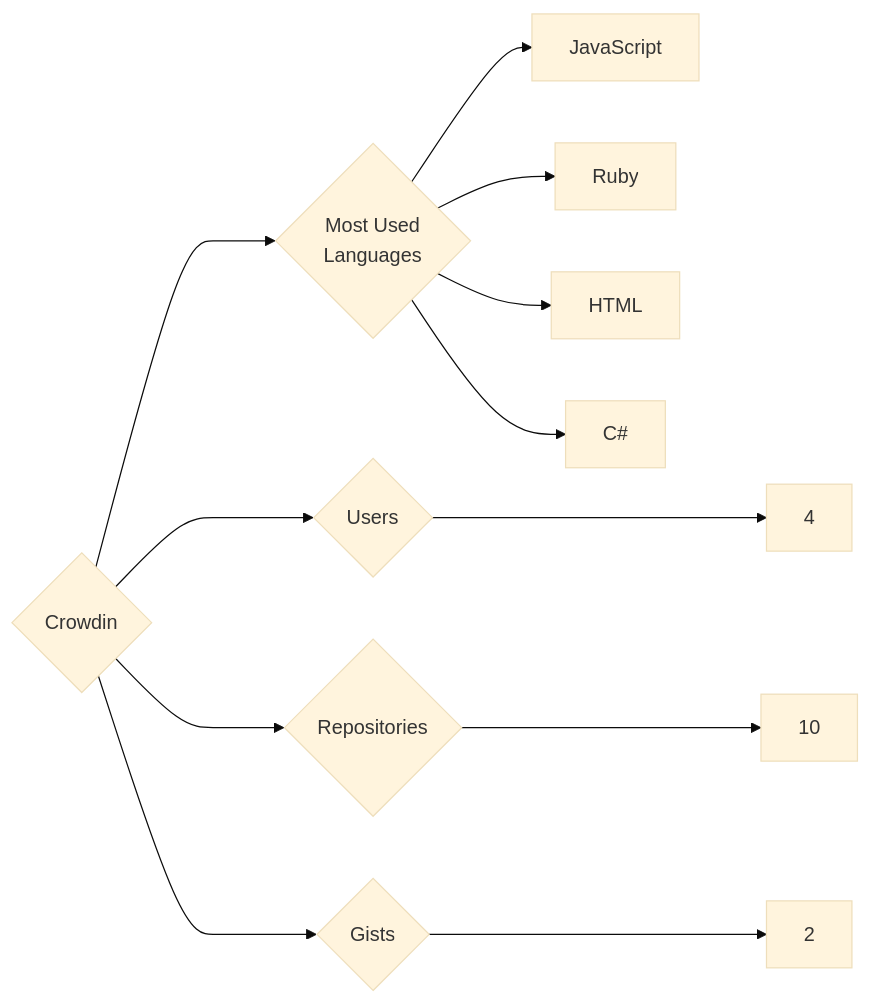
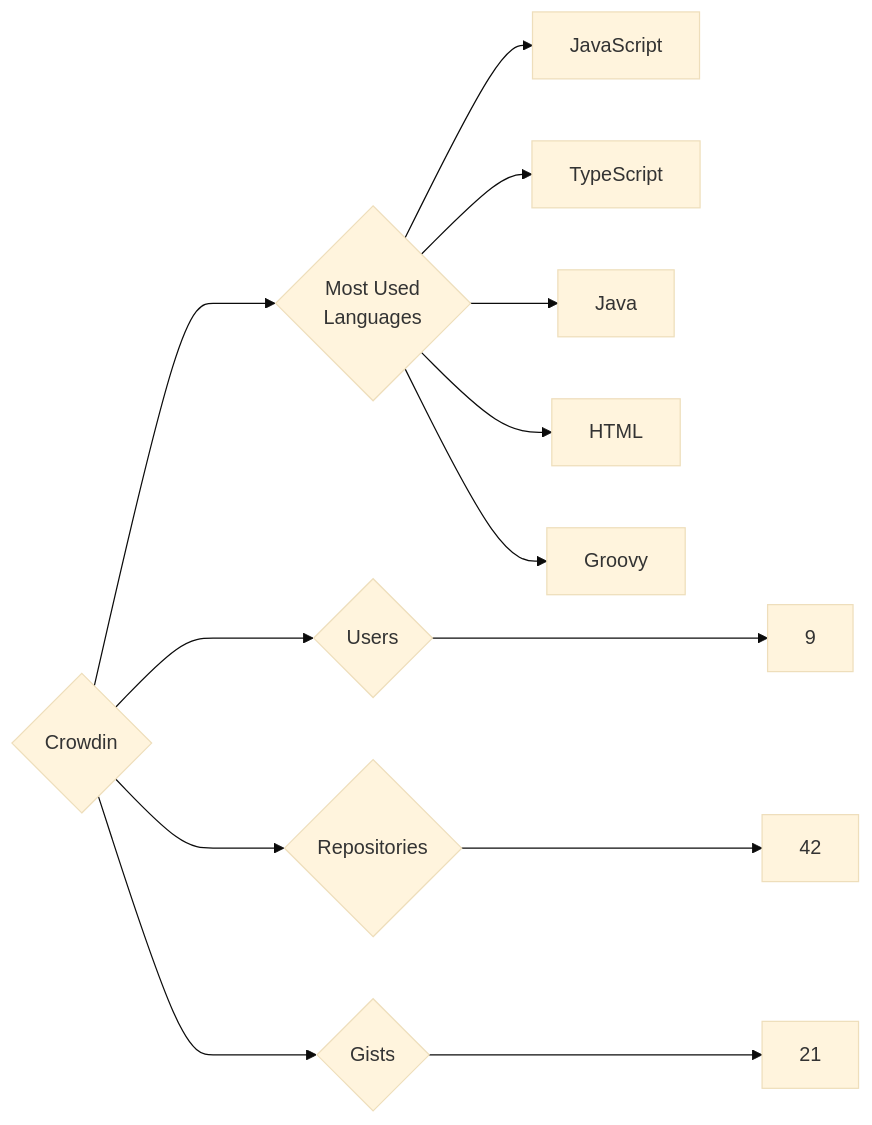
The diagram in targets/Crowdin/README.md (trickest/insiders), drawn with Mermaid (base theme) before and after one commit. The commit also changed 1148 other files, not shown here.

````diff
--- a/targets/Crowdin/README.md
+++ b/targets/Crowdin/README.md
@@ -3,12 +3,13 @@
 ```mermaid
 graph LR
 COMPANY_NAME{Crowdin}
-COMPANY_NAME ---> U{Users} ---> UN[4]
-COMPANY_NAME ---> R{Repositories} ---> RN[10]
-COMPANY_NAME ---> G{Gists} ---> GN[2]
+COMPANY_NAME ---> U{Users} ---> UN[9]
+COMPANY_NAME ---> R{Repositories} ---> RN[42]
+COMPANY_NAME ---> G{Gists} ---> GN[21]
 COMPANY_NAME ---> ML{Most Used<br>Languages}
 ML --> JavaScript[JavaScript]
-ML --> Ruby[Ruby]
+ML --> TypeScript[TypeScript]
+ML --> Java[Java]
 ML --> HTML[HTML]
-ML --> C#[C#]
+ML --> Groovy[Groovy]
 ```
````
